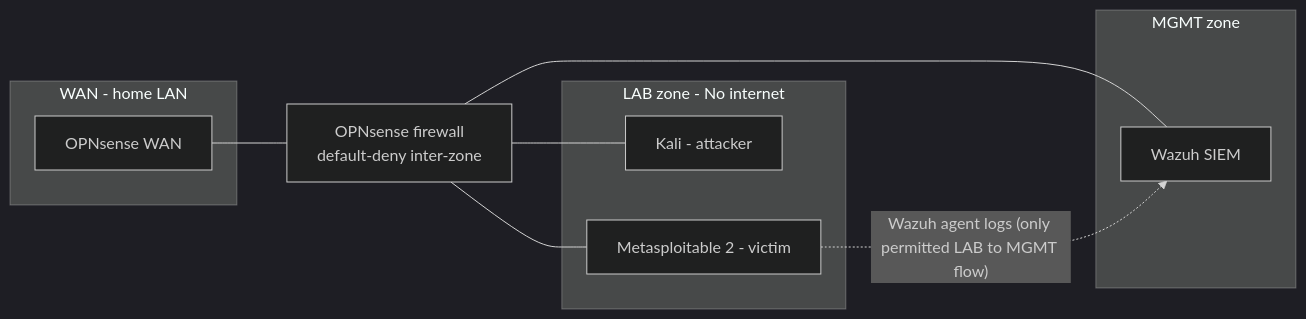
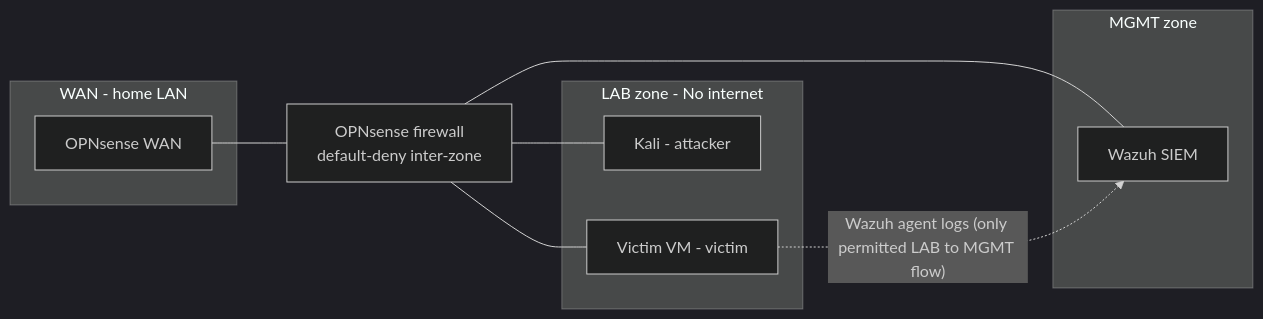
Before and after one commit to oliver-vucic/homelab-soc: the diagram in README.md, drawn with Mermaid (dark theme). The commit also changed other lines of this file, not shown here.

````diff
--- a/README.md
+++ b/README.md
@@ -8,19 +8,19 @@
 ```mermaid
 flowchart LR
     subgraph WAN["WAN - home LAN"]
         FW_WAN["OPNsense WAN"]
     end
     subgraph MGMT["MGMT zone"]
         SIEM["Wazuh SIEM"]
     end
     subgraph LAB["LAB zone - No internet"]
         KALI["Kali - attacker"]
-        VICTIM["Metasploitable 2 - victim"]
+        VICTIM["Victim VM - victim"]
     end
     FW["OPNsense firewall<br/>default-deny inter-zone"]
     FW_WAN --- FW
     FW --- SIEM
     FW --- KALI
     FW --- VICTIM
     VICTIM -. "Wazuh agent logs (only permitted LAB to MGMT flow)" .-> SIEM
 ```
````
